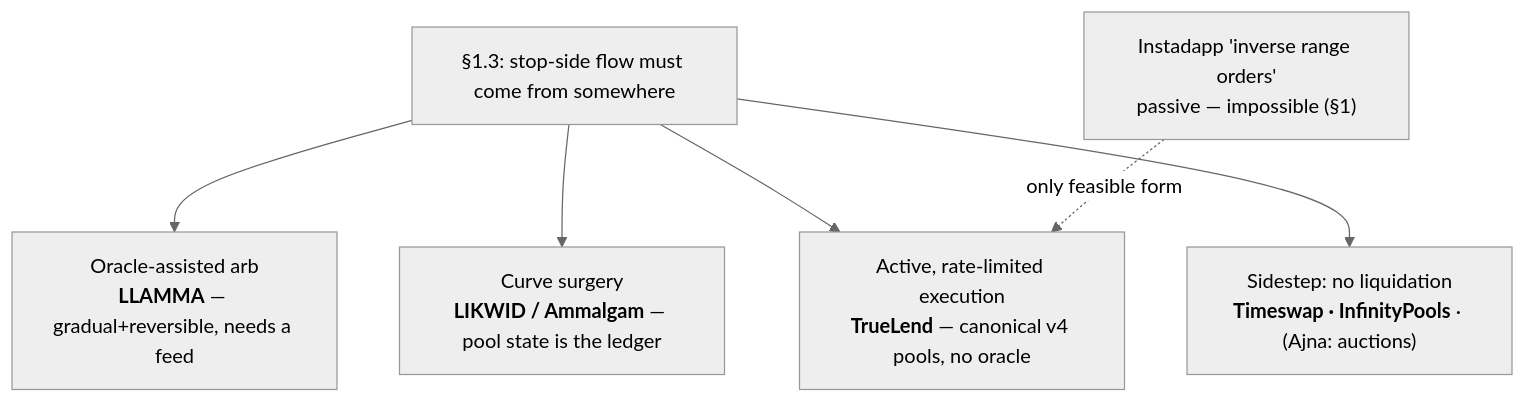
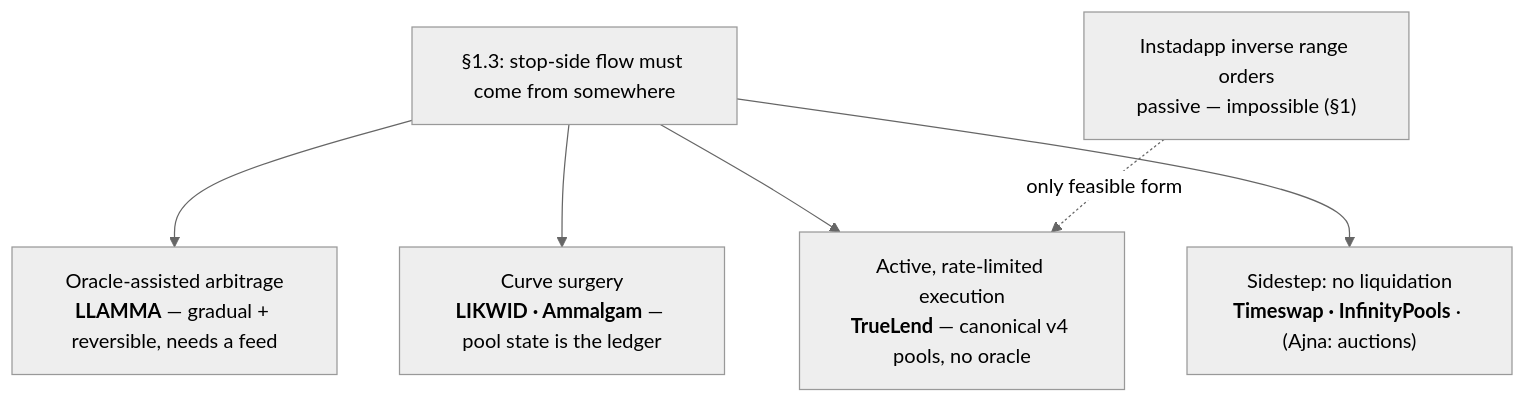
Before and after one commit to queenleoa/TrueLend: the diagram in RESEARCH.md, drawn with Mermaid (neutral theme). The commit also changed other lines of this file and 7 other files, not shown here.

````diff
--- a/RESEARCH.md
+++ b/RESEARCH.md
@@ -95,9 +73,9 @@
 ```mermaid
 flowchart TB
     Q["§1.3: stop-side flow must come from somewhere"]
-    Q --> O["Oracle-assisted arb<br/><b>LLAMMA</b> — gradual+reversible, needs a feed"]
-    Q --> C["Curve surgery<br/><b>LIKWID / Ammalgam</b> — pool state is the ledger"]
+    Q --> O["Oracle-assisted arbitrage<br/><b>LLAMMA</b> — gradual + reversible, needs a feed"]
+    Q --> C["Curve surgery<br/><b>LIKWID · Ammalgam</b> — pool state is the ledger"]
     Q --> E["Active, rate-limited execution<br/><b>TrueLend</b> — canonical v4 pools, no oracle"]
     Q --> A["Sidestep: no liquidation<br/><b>Timeswap · InfinityPools</b> · (Ajna: auctions)"]
-    I["Instadapp 'inverse range orders'<br/>passive — impossible (§1)"] -. only feasible form .-> E
+    I["Instadapp inverse range orders<br/>passive — impossible (§1)"] -. only feasible form .-> E
 ```
````
